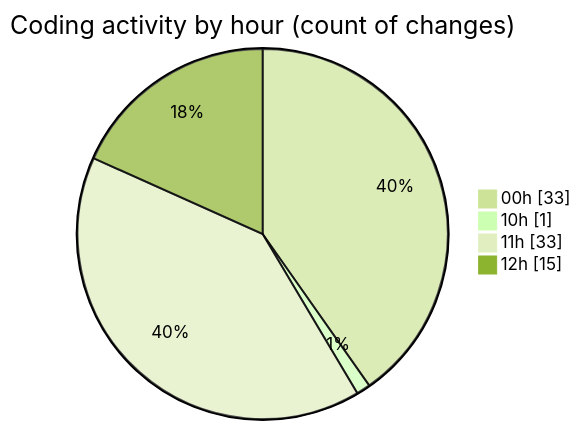
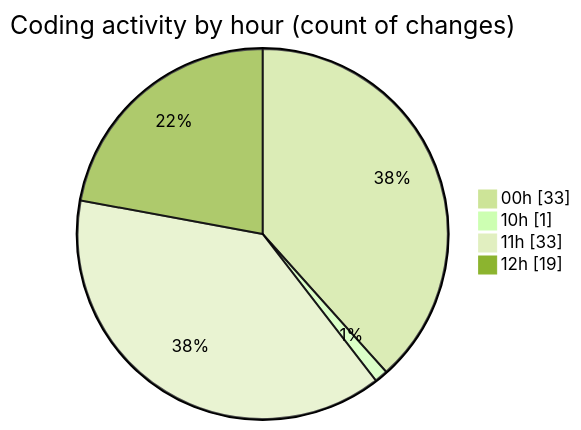
Before and after one commit to nxtqubesakshisongat/code-tracking: the second of 2 diagrams in 2025-08-10/nxtqube_webapp/README.md, drawn with Mermaid (forest theme). The commit also changed other lines of this file and 1 other file, not shown here.

````diff
--- a/2025-08-10/nxtqube_webapp/README.md
+++ b/2025-08-10/nxtqube_webapp/README.md
@@ -29,8 +29,8 @@
 ```mermaid
 pie showData
 title Coding activity by hour (count of changes)
 "00h" : 33
 "10h" : 1
 "11h" : 33
-"12h" : 15
+"12h" : 19
 ```
````
